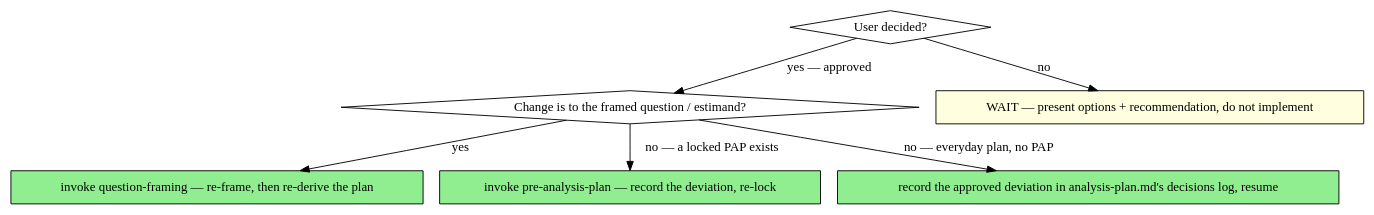
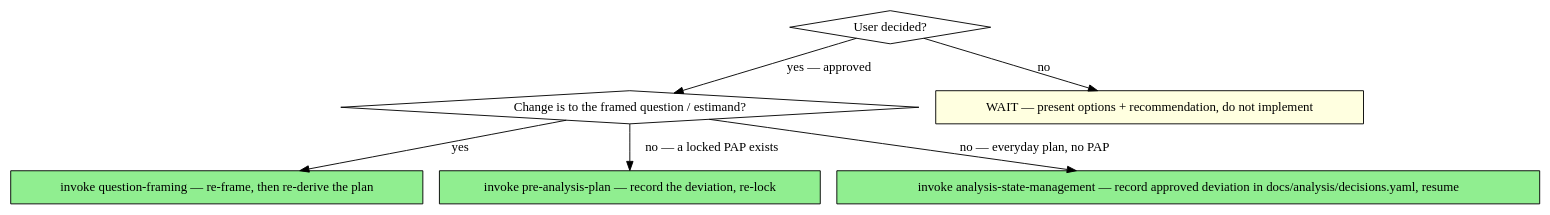
One commit to lancegui/causal-powers changed the diagram in skills/analysis-checkpoints/SKILL.md. Above: the diagram before and after it, drawn with Graphviz. The commit also changed 19 other files, not shown here.

````diff
--- a/skills/analysis-checkpoints/SKILL.md
+++ b/skills/analysis-checkpoints/SKILL.md
@@ -85,15 +85,15 @@
 ```dot
 digraph analysis_checkpoints_next {
     "User decided?" [shape=diamond];
     "Change is to the framed question / estimand?" [shape=diamond];
     "invoke question-framing — re-frame, then re-derive the plan" [shape=box style=filled fillcolor=lightgreen];
     "invoke pre-analysis-plan — record the deviation, re-lock" [shape=box style=filled fillcolor=lightgreen];
     "WAIT — present options + recommendation, do not implement" [shape=box style=filled fillcolor=lightyellow];
     "User decided?" -> "WAIT — present options + recommendation, do not implement" [label="no"];
     "User decided?" -> "Change is to the framed question / estimand?" [label="yes — approved"];
     "Change is to the framed question / estimand?" -> "invoke question-framing — re-frame, then re-derive the plan" [label="yes"];
-    "record the approved deviation in analysis-plan.md's decisions log, resume" [shape=box style=filled fillcolor=lightgreen];
+    "invoke analysis-state-management — record approved deviation in docs/analysis/decisions.yaml, resume" [shape=box style=filled fillcolor=lightgreen];
     "Change is to the framed question / estimand?" -> "invoke pre-analysis-plan — record the deviation, re-lock" [label="no — a locked PAP exists"];
-    "Change is to the framed question / estimand?" -> "record the approved deviation in analysis-plan.md's decisions log, resume" [label="no — everyday plan, no PAP"];
+    "Change is to the framed question / estimand?" -> "invoke analysis-state-management — record approved deviation in docs/analysis/decisions.yaml, resume" [label="no — everyday plan, no PAP"];
 }
 ```
````
